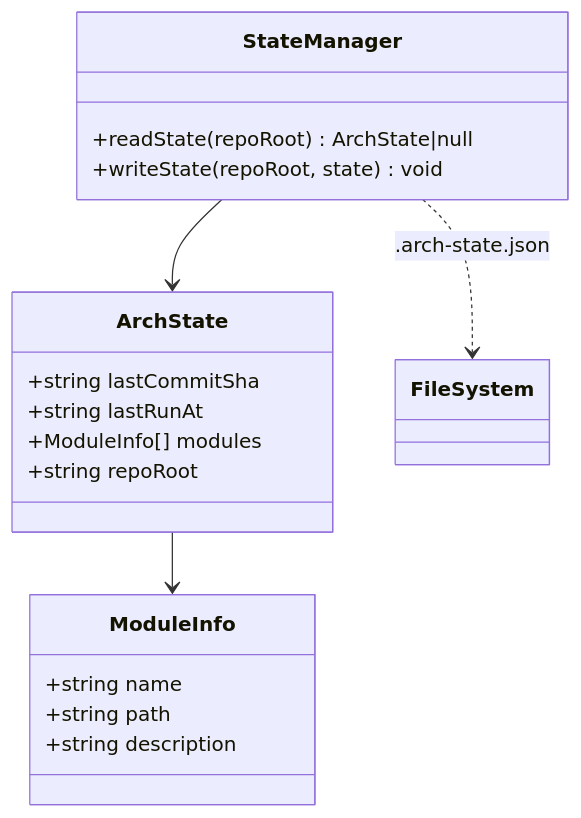
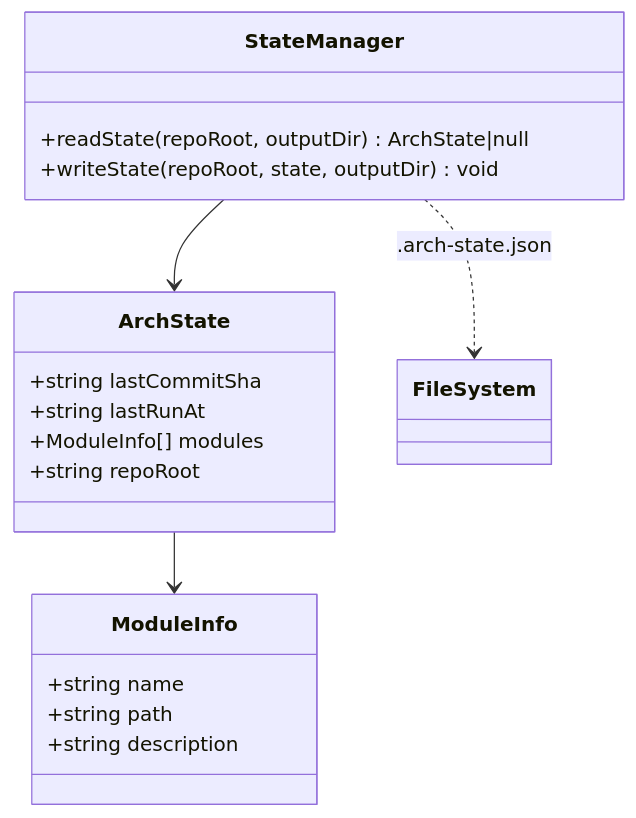
Before and after one commit to sergical/repo-architect: the diagram in docs/architecture/modules/state-manager.md, drawn with Mermaid. The commit also changed other lines of this file and 8 other files, not shown here.

First line of the commit message:
Update architecture docs and fix model name in cost estimation

````diff
--- a/docs/architecture/modules/state-manager.md
+++ b/docs/architecture/modules/state-manager.md
@@ -17,21 +16,21 @@
 ```mermaid
 classDiagram
     class StateManager {
-        +readState(repoRoot) ArchState|null
-        +writeState(repoRoot, state) void
+        +readState(repoRoot, outputDir) ArchState|null
+        +writeState(repoRoot, state, outputDir) void
     }
     class ArchState {
         +string lastCommitSha
         +string lastRunAt
         +ModuleInfo[] modules
         +string repoRoot
     }
     class ModuleInfo {
         +string name
         +string path
         +string description
     }
     StateManager --> ArchState
     ArchState --> ModuleInfo
     StateManager ..> FileSystem : .arch-state.json
 ```
````
